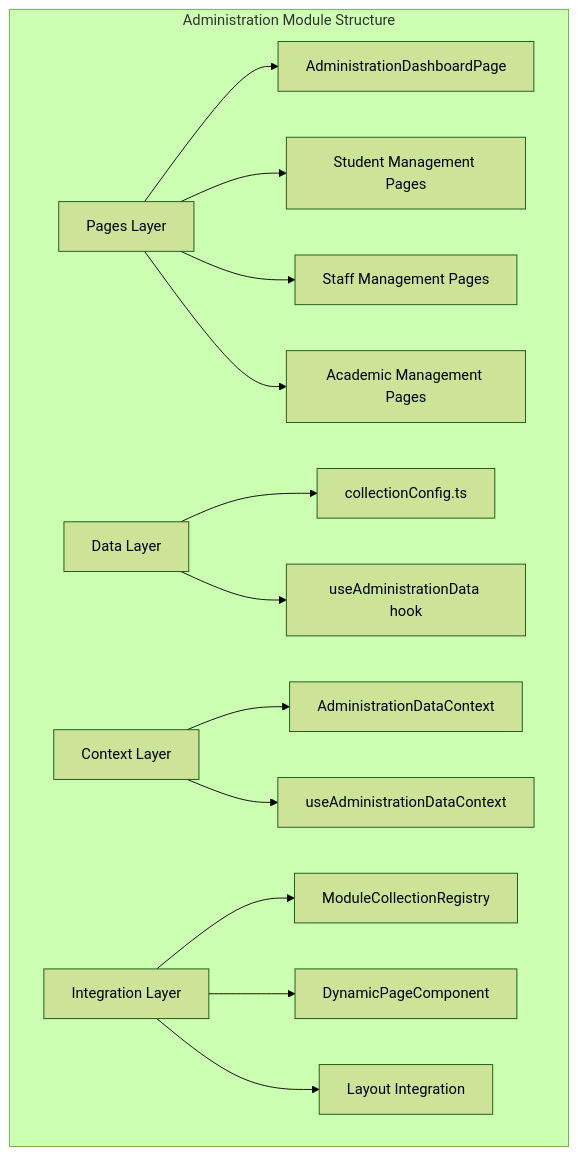
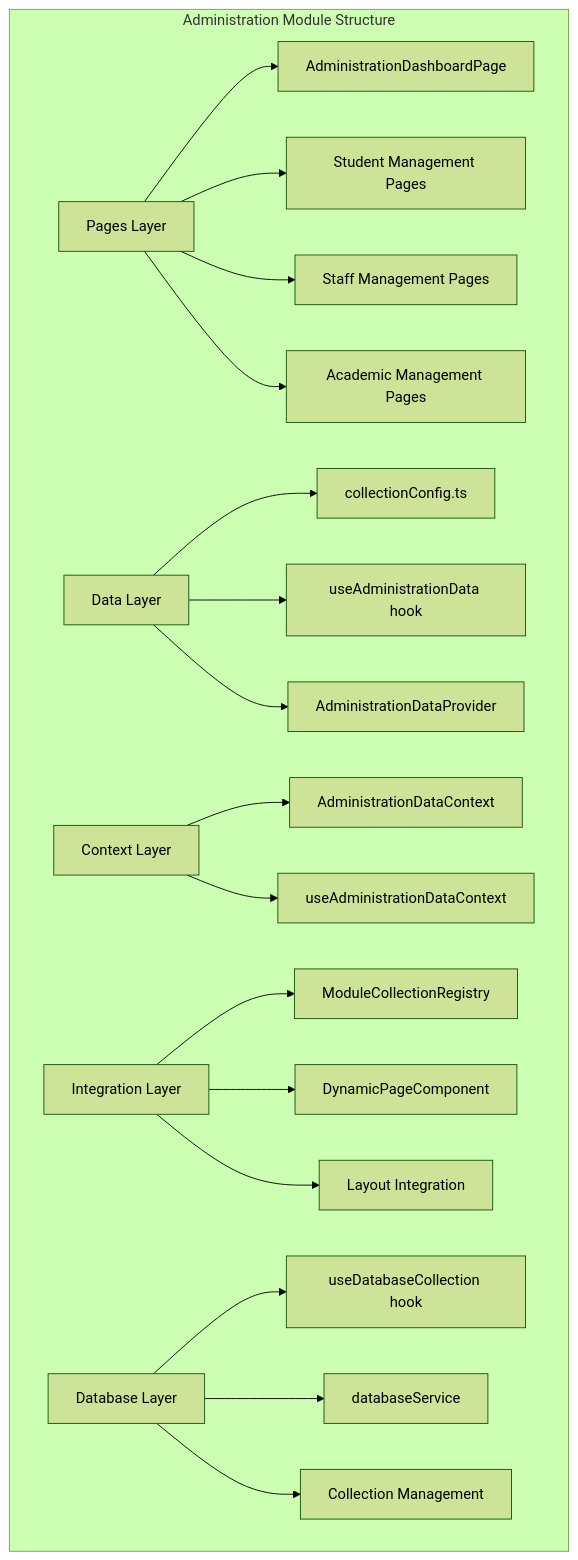
One commit to geniusdynamics/schoolpilot changed the first of 8 diagrams in .qoder/repowiki/en/content/Modules System/Administration Module.md. Above: the diagram before and after it, drawn with Mermaid (forest theme). The commit also changed other lines of this file and 16 other files, not shown here.

````diff
--- a/.qoder/repowiki/en/content/Modules System/Administration Module.md
+++ b/.qoder/repowiki/en/content/Modules System/Administration Module.md
@@ -40,20 +61,25 @@
 ```mermaid
 graph TB
 subgraph "Administration Module Structure"
 A[Pages Layer]
 B[Data Layer]
 C[Context Layer]
 D[Integration Layer]
+E[Database Layer]
 A --> A1[AdministrationDashboardPage]
 A --> A2[Student Management Pages]
 A --> A3[Staff Management Pages]
 A --> A4[Academic Management Pages]
 B --> B1[collectionConfig.ts]
 B --> B2[useAdministrationData hook]
+B --> B3[AdministrationDataProvider]
 C --> C1[AdministrationDataContext]
 C --> C2[useAdministrationDataContext]
 D --> D1[ModuleCollectionRegistry]
 D --> D2[DynamicPageComponent]
 D --> D3[Layout Integration]
+E --> E1[useDatabaseCollection hook]
+E --> E2[databaseService]
+E --> E3[Collection Management]
 end
 ```
````
